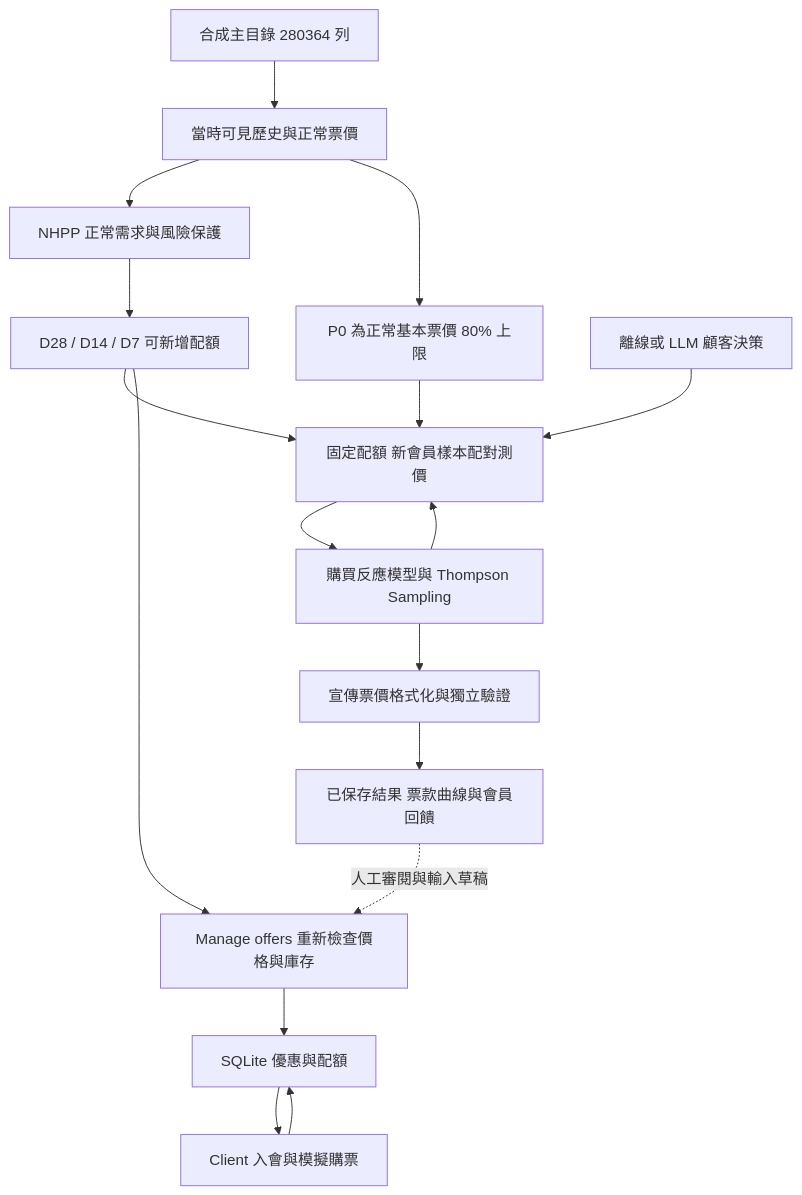
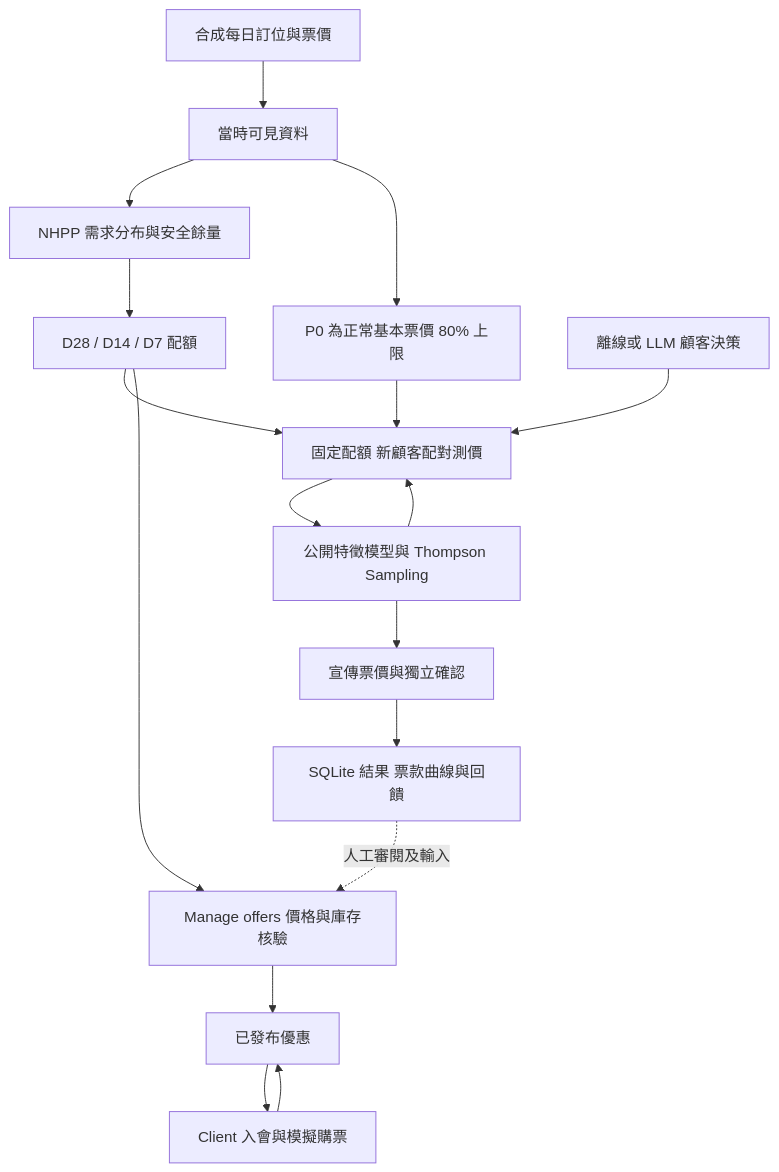
One commit to Horse-MA00/E117-AirplaneCPU changed the diagram in docs/CURRENT_IMPLEMENTATION.md. Above: the diagram before and after it, drawn with Mermaid. The commit also changed other lines of this file and 265 other files, not shown here.

````diff
--- a/docs/CURRENT_IMPLEMENTATION.md
+++ b/docs/CURRENT_IMPLEMENTATION.md
@@ -37,19 +9,19 @@
 ```mermaid
 flowchart TD
-    S[合成主目錄 280364 列] --> D[當時可見歷史與正常票價]
-    D --> N[NHPP 正常需求與風險保護]
-    N --> R[D28 / D14 / D7 可新增配額]
+    S[合成每日訂位與票價] --> D[當時可見資料]
+    D --> N[NHPP 需求分布與安全餘量]
+    N --> R[D28 / D14 / D7 配額]
     D --> P[P0 為正常基本票價 80% 上限]
-    R --> W[固定配額 新會員樣本配對測價]
+    R --> W[固定配額 新顧客配對測價]
     P --> W
     M[離線或 LLM 顧客決策] --> W
-    W --> T[購買反應模型與 Thompson Sampling]
+    W --> T[公開特徵模型與 Thompson Sampling]
     T --> W
-    T --> V[宣傳票價格式化與獨立驗證]
-    V --> E[已保存結果 票款曲線與會員回饋]
-    E -. 人工審閱與輸入草稿 .-> A[Manage offers 重新檢查價格與庫存]
+    T --> V[宣傳票價與獨立確認]
+    V --> E[SQLite 結果 票款曲線與回饋]
+    E -. 人工審閱及輸入 .-> A[Manage offers 價格與庫存核驗]
     R --> A
-    A --> Q[SQLite 優惠與配額]
+    A --> Q[已發布優惠]
     Q --> C[Client 入會與模擬購票]
     C --> Q
 ```
````
